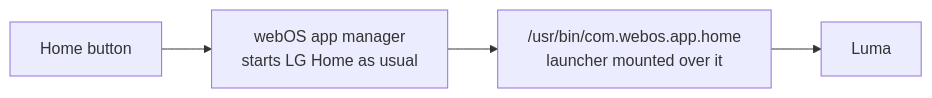
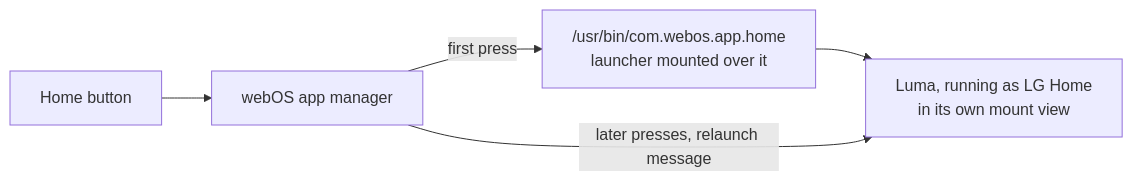
The diagram in readme.md (wonjoonSeol/lg-luma), drawn with Mermaid before and after one commit. The commit also changed other lines of this file and 1 other file, not shown here.

Commit message:
Readme: Home button relaunches instead of restarting, #37, preview 3 [skip ci]

````diff
--- a/readme.md
+++ b/readme.md
@@ -61,6 +65,7 @@
 ```mermaid
 flowchart LR
-  A[Home button] --> B[webOS app manager<br>starts LG Home as usual]
-  B --> C["/usr/bin/com.webos.app.home<br>launcher mounted over it"]
-  C --> D[Luma]
+  A[Home button] --> B[webOS app manager]
+  B -- first press --> C["/usr/bin/com.webos.app.home<br>launcher mounted over it"]
+  C --> D["Luma, running as LG Home<br>in its own mount view"]
+  B -- later presses, relaunch message --> D
 ```
````
